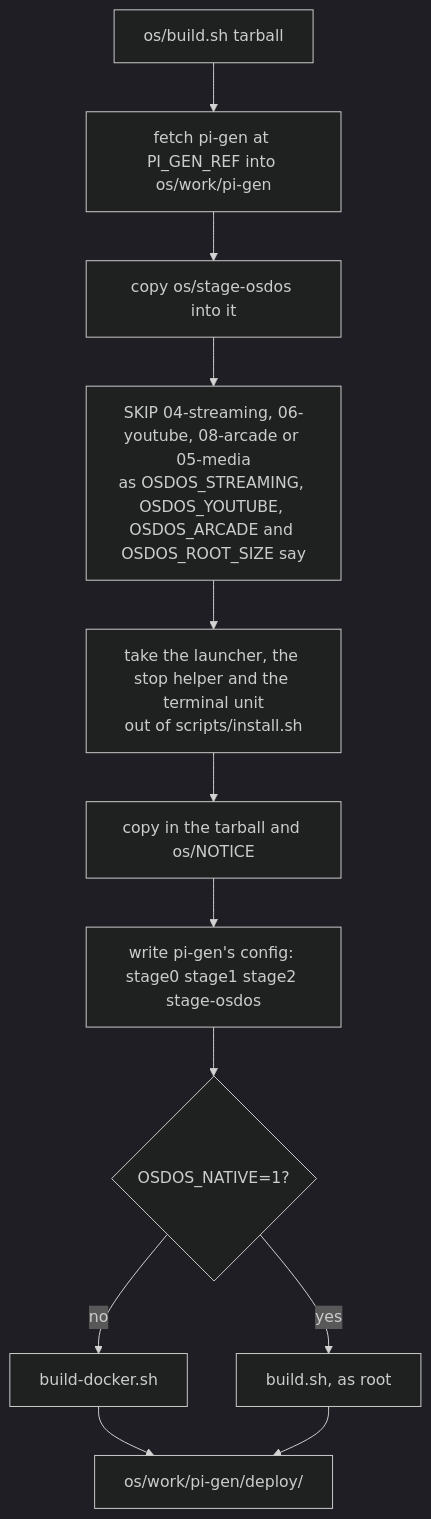
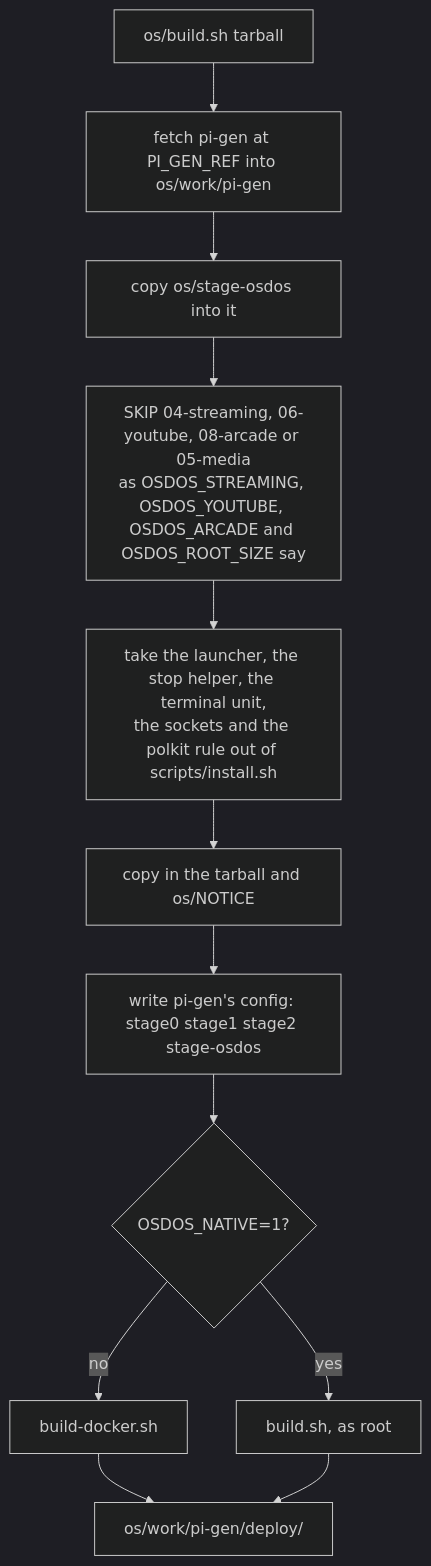
The third of 3 diagrams in docs/wiki/The-OSD-OS-Image.md (mehmetraif/OSD-OS), drawn with Mermaid (dark theme) before and after one commit. The commit also changed other lines of this file and 11 other files, not shown here.

````diff
--- a/docs/wiki/The-OSD-OS-Image.md
+++ b/docs/wiki/The-OSD-OS-Image.md
@@ -764,14 +784,14 @@
 ```mermaid
 flowchart TD
     A["os/build.sh tarball"] --> B["fetch pi-gen at PI_GEN_REF into os/work/pi-gen"]
     B --> C["copy os/stage-osdos into it"]
     C --> D["SKIP 04-streaming, 06-youtube, 08-arcade or 05-media<br/>as OSDOS_STREAMING, OSDOS_YOUTUBE, OSDOS_ARCADE and OSDOS_ROOT_SIZE say"]
-    D --> E["take the launcher, the stop helper and the terminal unit<br/>out of scripts/install.sh"]
+    D --> E["take the launcher, the stop helper, the terminal unit,<br/>the sockets and the polkit rule out of scripts/install.sh"]
     E --> F["copy in the tarball and os/NOTICE"]
     F --> G["write pi-gen's config: stage0 stage1 stage2 stage-osdos"]
     G --> H{"OSDOS_NATIVE=1?"}
     H -- no --> I["build-docker.sh"]
     H -- yes --> J["build.sh, as root"]
     I --> K["os/work/pi-gen/deploy/"]
     J --> K
 ```
````
